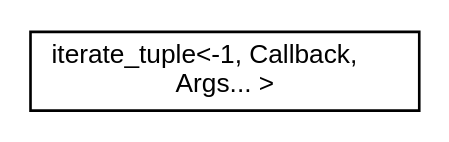
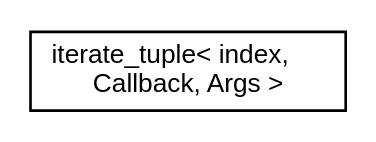
Before and after one commit to Rejdok/OTUSFourthTask: the diagram in inherit_graph_6.dot, drawn with Graphviz. The commit also changed 38 other files, not shown here.

```diff
--- a/inherit_graph_6.dot
+++ b/inherit_graph_6.dot
@@ -1,7 +1,7 @@
 digraph "Graphical Class Hierarchy"
 {
   edge [fontname="Helvetica",fontsize="10",labelfontname="Helvetica",labelfontsize="10"];
   node [fontname="Helvetica",fontsize="10",shape=record];
   rankdir="LR";
-  Node1 [label="iterate_tuple\<-1, Callback,\l Args... \>",height=0.2,width=0.4,color="black", fillcolor="white", style="filled",URL="$structiterate__tuple_3-1_00_01_callback_00_01_args_8_8_8_01_4.html"];
+  Node1 [label="iterate_tuple\< index,\l Callback, Args \>",height=0.2,width=0.4,color="black", fillcolor="white", style="filled",URL="$structiterate__tuple.html"];
 }
```
